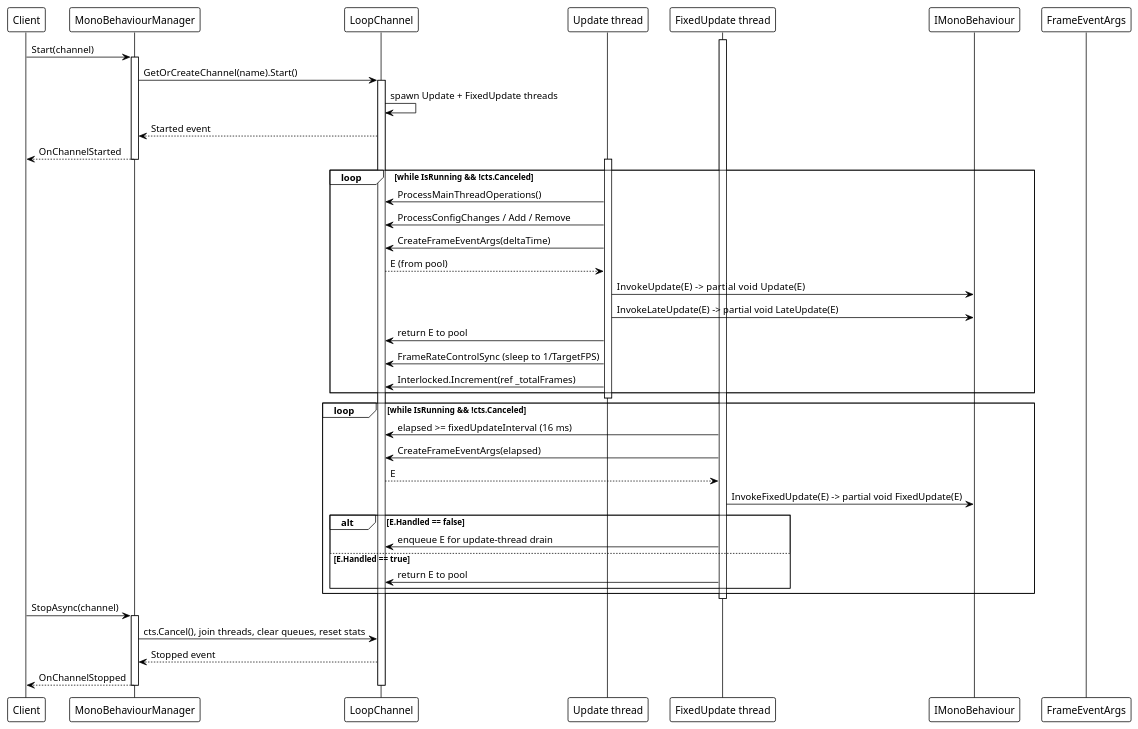
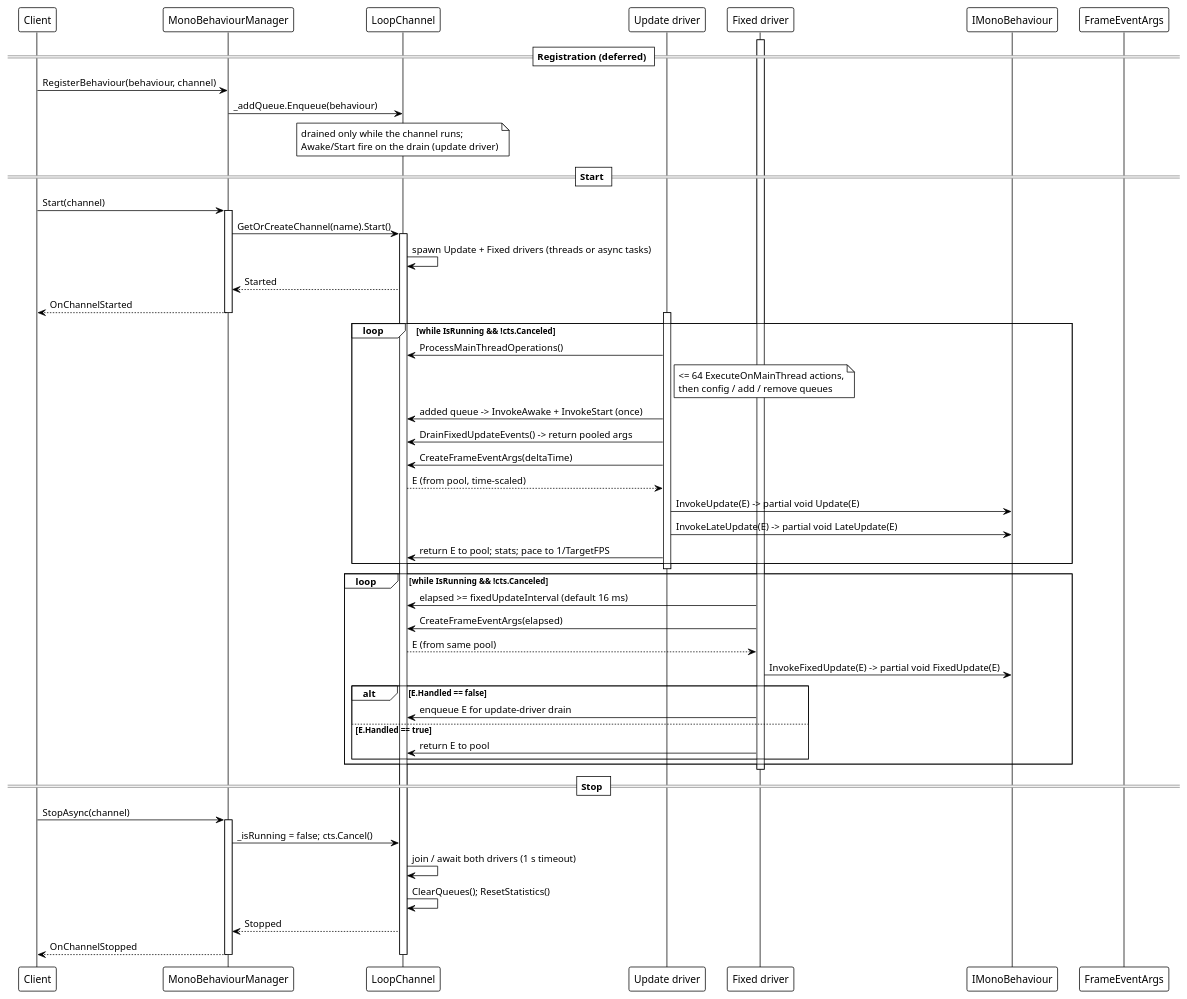
One commit to Axvser/VeloxDev.Docs changed the first of 6 diagrams in src/CloudGlyph/Assets/Docs/content/en/3_SE_Analysis/03_data-flow/06_monobehaviour/index.md. Above: the diagram before and after it, drawn with PlantUML. The commit also changed other lines of this file and 443 other files, not shown here.

````diff
--- a/src/CloudGlyph/Assets/Docs/content/en/3_SE_Analysis/03_data-flow/06_monobehaviour/index.md
+++ b/src/CloudGlyph/Assets/Docs/content/en/3_SE_Analysis/03_data-flow/06_monobehaviour/index.md
@@ -7,58 +7,67 @@
 ```plantuml
 @startuml
 !theme plain
 
 participant "Client" as C
 participant "MonoBehaviourManager" as M
 participant "LoopChannel" as L
-participant "Update thread" as U
-participant "FixedUpdate thread" as F
+participant "Update driver" as U
+participant "Fixed driver" as F
 participant "IMonoBehaviour" as B
 participant "FrameEventArgs" as E
 
+== Registration (deferred) ==
+C -> M: RegisterBehaviour(behaviour, channel)
+M -> L: _addQueue.Enqueue(behaviour)
+note over L: drained only while the channel runs;\nAwake/Start fire on the drain (update driver)
+
+== Start ==
 C -> M: Start(channel)
 activate M
 M -> L: GetOrCreateChannel(name).Start()
 activate L
-L -> L: spawn Update + FixedUpdate threads
-L --> M: Started event
+L -> L: spawn Update + Fixed drivers (threads or async tasks)
+L --> M: Started
 M --> C: OnChannelStarted
 deactivate M
 
 activate U
 loop while IsRunning && !cts.Canceled
     U -> L: ProcessMainThreadOperations()
-    U -> L: ProcessConfigChanges / Add / Remove
+    note right of U: <= 64 ExecuteOnMainThread actions,\nthen config / add / remove queues
+    U -> L: added queue -> InvokeAwake + InvokeStart (once)
+    U -> L: DrainFixedUpdateEvents() -> return pooled args
     U -> L: CreateFrameEventArgs(deltaTime)
-    L --> U: E (from pool)
-    U -> B: InvokeUpdate(E)  ->  partial void Update(E)
+    L --> U: E (from pool, time-scaled)
+    U -> B: InvokeUpdate(E) -> partial void Update(E)
     U -> B: InvokeLateUpdate(E) -> partial void LateUpdate(E)
-    U -> L: return E to pool
-    U -> L: FrameRateControlSync (sleep to 1/TargetFPS)
-    U -> L: Interlocked.Increment(ref _totalFrames)
+    U -> L: return E to pool; stats; pace to 1/TargetFPS
 end
 deactivate U
 
 activate F
 loop while IsRunning && !cts.Canceled
-    F -> L: elapsed >= fixedUpdateInterval (16 ms)
+    F -> L: elapsed >= fixedUpdateInterval (default 16 ms)
     F -> L: CreateFrameEventArgs(elapsed)
-    L --> F: E
+    L --> F: E (from same pool)
     F -> B: InvokeFixedUpdate(E) -> partial void FixedUpdate(E)
     alt E.Handled == false
-        F -> L: enqueue E for update-thread drain
+        F -> L: enqueue E for update-driver drain
     else E.Handled == true
         F -> L: return E to pool
     end
 end
 deactivate F
 
+== Stop ==
 C -> M: StopAsync(channel)
 activate M
-M -> L: cts.Cancel(), join threads, clear queues, reset stats
-L --> M: Stopped event
+M -> L: _isRunning = false; cts.Cancel()
+L -> L: join / await both drivers (1 s timeout)
+L -> L: ClearQueues(); ResetStatistics()
+L --> M: Stopped
 M --> C: OnChannelStopped
 deactivate M
 deactivate L
 @enduml
 ```
````
